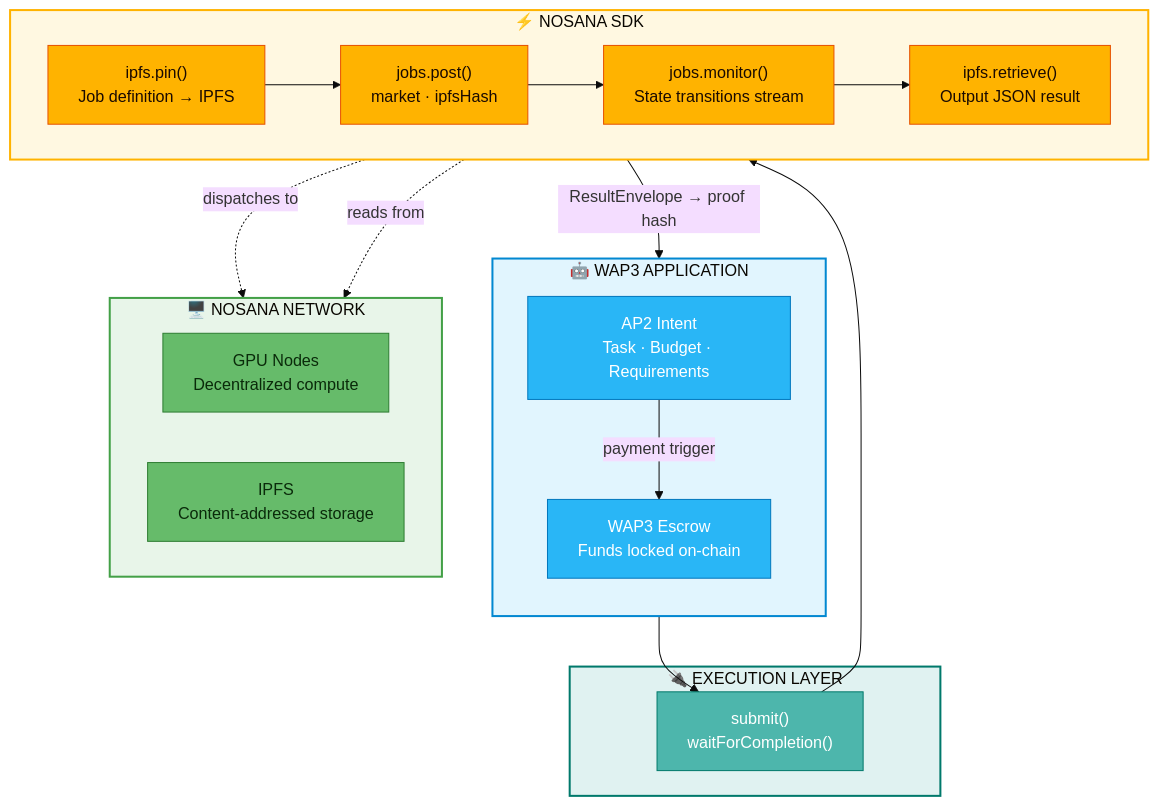
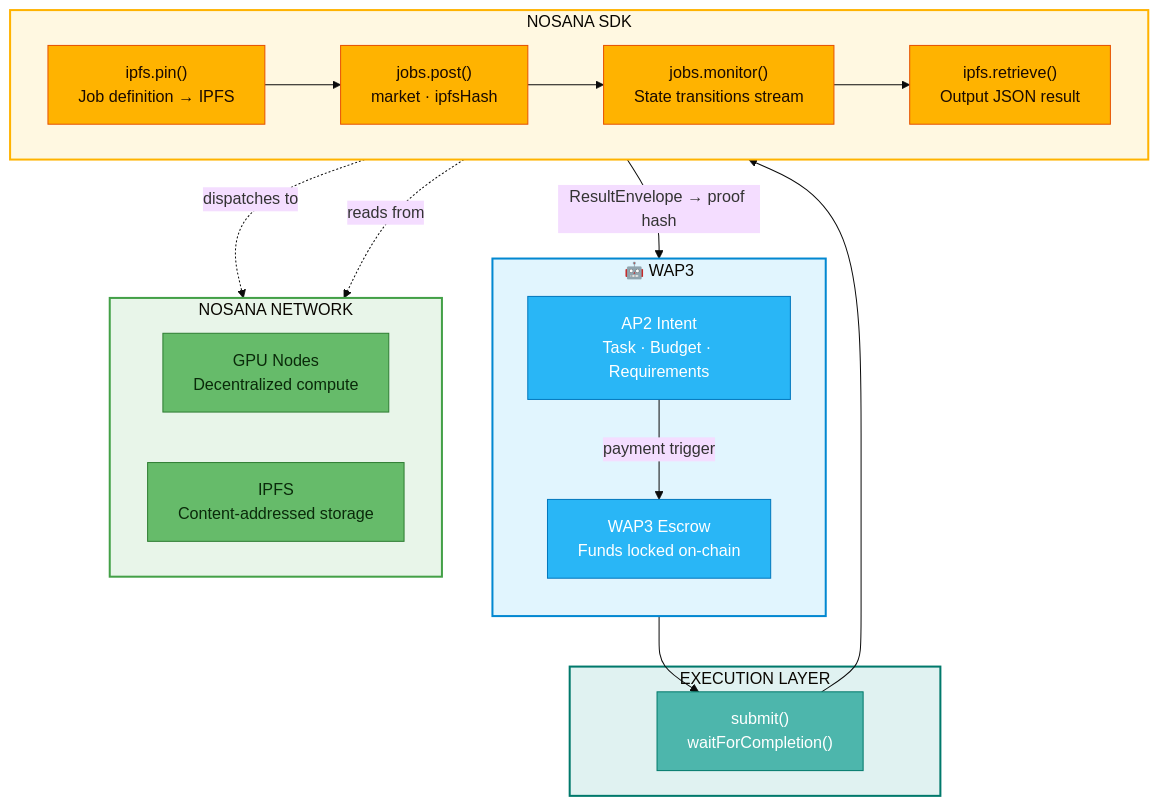
One commit to nelsonjingusc/wap3-agent-payment-poc changed the second of 3 diagrams in docs/NOSANA_INTEGRATION.md. Above: the diagram before and after it, drawn with Mermaid.

Commit message:
update diagram

```diff
--- a/docs/NOSANA_INTEGRATION.md
+++ b/docs/NOSANA_INTEGRATION.md
@@ -87,7 +87,7 @@
 %% =====================
 %% WAP3 APPLICATION
 %% =====================
-subgraph APP["🤖  WAP3 APPLICATION"]
+subgraph APP["🤖  WAP3"]
     direction TB
     A1["AP2 Intent
 Task · Budget · Requirements"]
@@ -99,7 +99,7 @@
 %% =====================
 %% EXECUTION LAYER
 %% =====================
-subgraph EXEC["🔌  EXECUTION LAYER"]
+subgraph EXEC["EXECUTION LAYER"]
     I["submit()
 waitForCompletion()"]
 end
@@ -107,7 +107,7 @@
 %% =====================
 %% NOSANA SDK (FORCED HORIZONTAL)
 %% =====================
-subgraph NOS["⚡ NOSANA SDK"]
+subgraph NOS["NOSANA SDK"]
     direction LR
     N1["ipfs.pin()
 Job definition → IPFS"]
@@ -123,7 +123,7 @@
 %% =====================
 %% NETWORK (FORCED HORIZONTAL)
 %% =====================
-subgraph NET["🖥️  NOSANA NETWORK"]
+subgraph NET["NOSANA NETWORK"]
     direction LR
     G["GPU Nodes
 Decentralized compute"]
```
